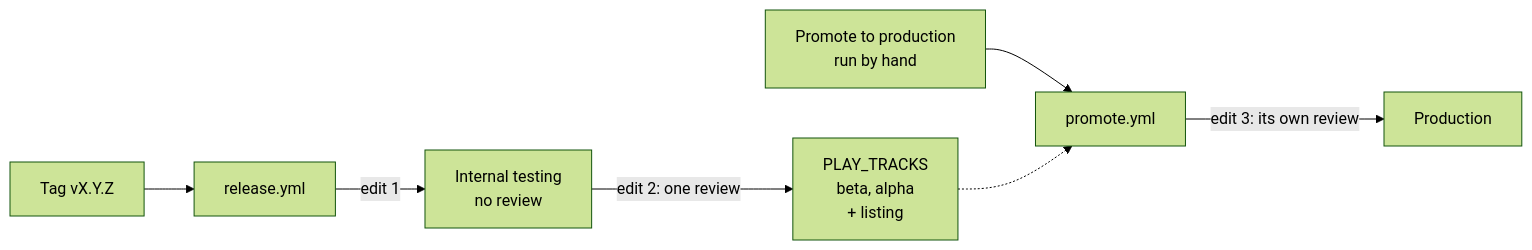
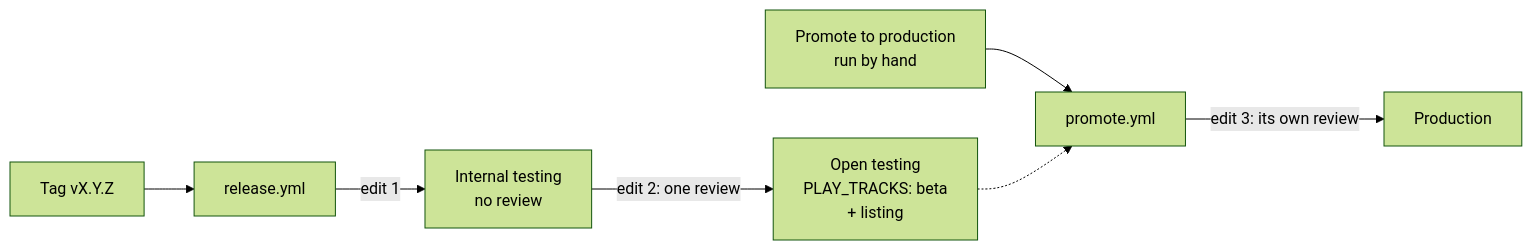
Before and after one commit to astrovm/crosstune: the diagram in CONTRIBUTING.md, drawn with Mermaid (forest theme). The commit also changed other lines of this file, not shown here.

Commit message:
docs(release): send releases through open testing instead of closed testing

````diff
--- a/CONTRIBUTING.md
+++ b/CONTRIBUTING.md
@@ -69,9 +69,9 @@
 ```mermaid
 flowchart LR
   tag[Tag vX.Y.Z] --> release[release.yml]
   release -->|edit 1| internal[Internal testing<br/>no review]
-  internal -->|edit 2: one review| testing[PLAY_TRACKS<br/>beta, alpha<br/>+ listing]
+  internal -->|edit 2: one review| testing[Open testing<br/>PLAY_TRACKS: beta<br/>+ listing]
   dispatch[Promote to production<br/>run by hand] --> promote[promote.yml]
   testing -.-> promote
   promote -->|edit 3: its own review| production[Production]
 ```
````
